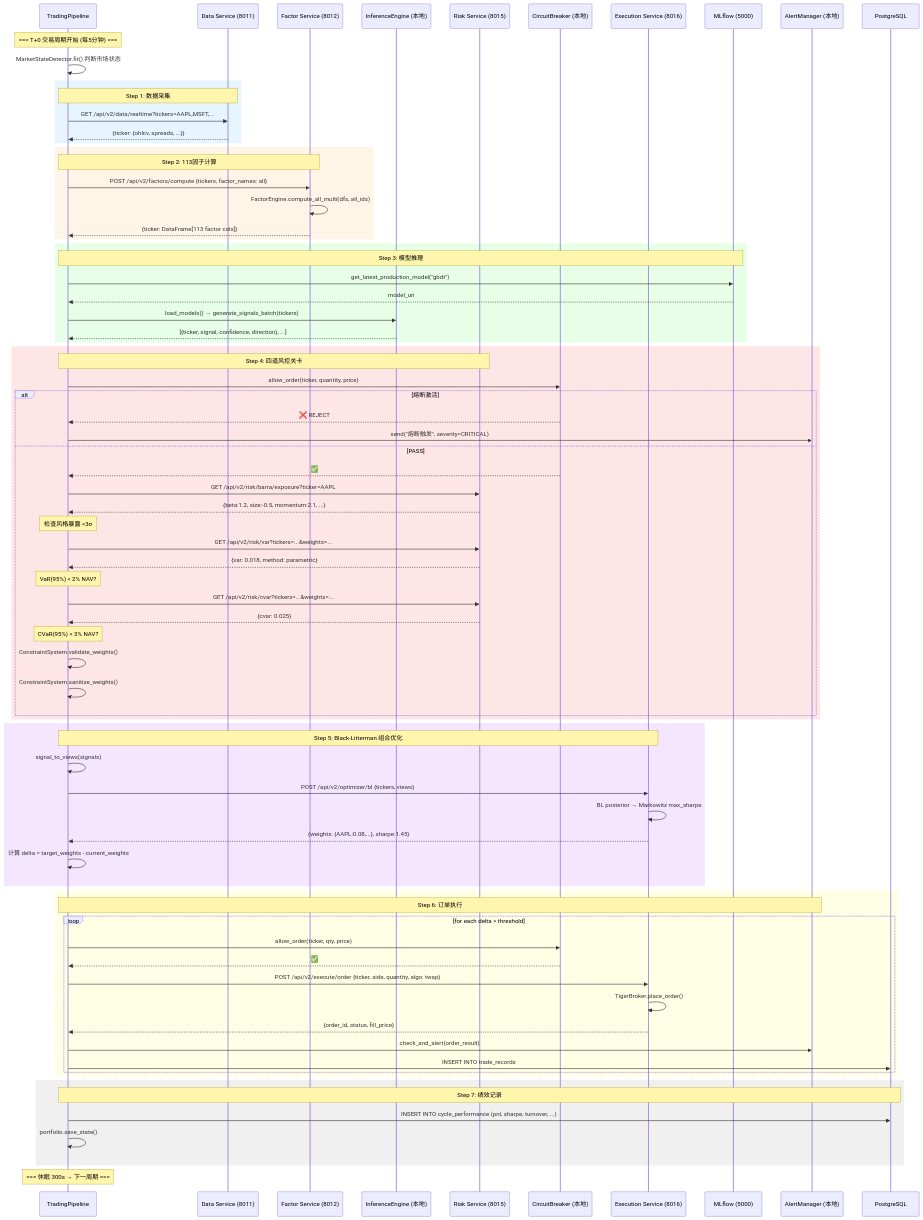
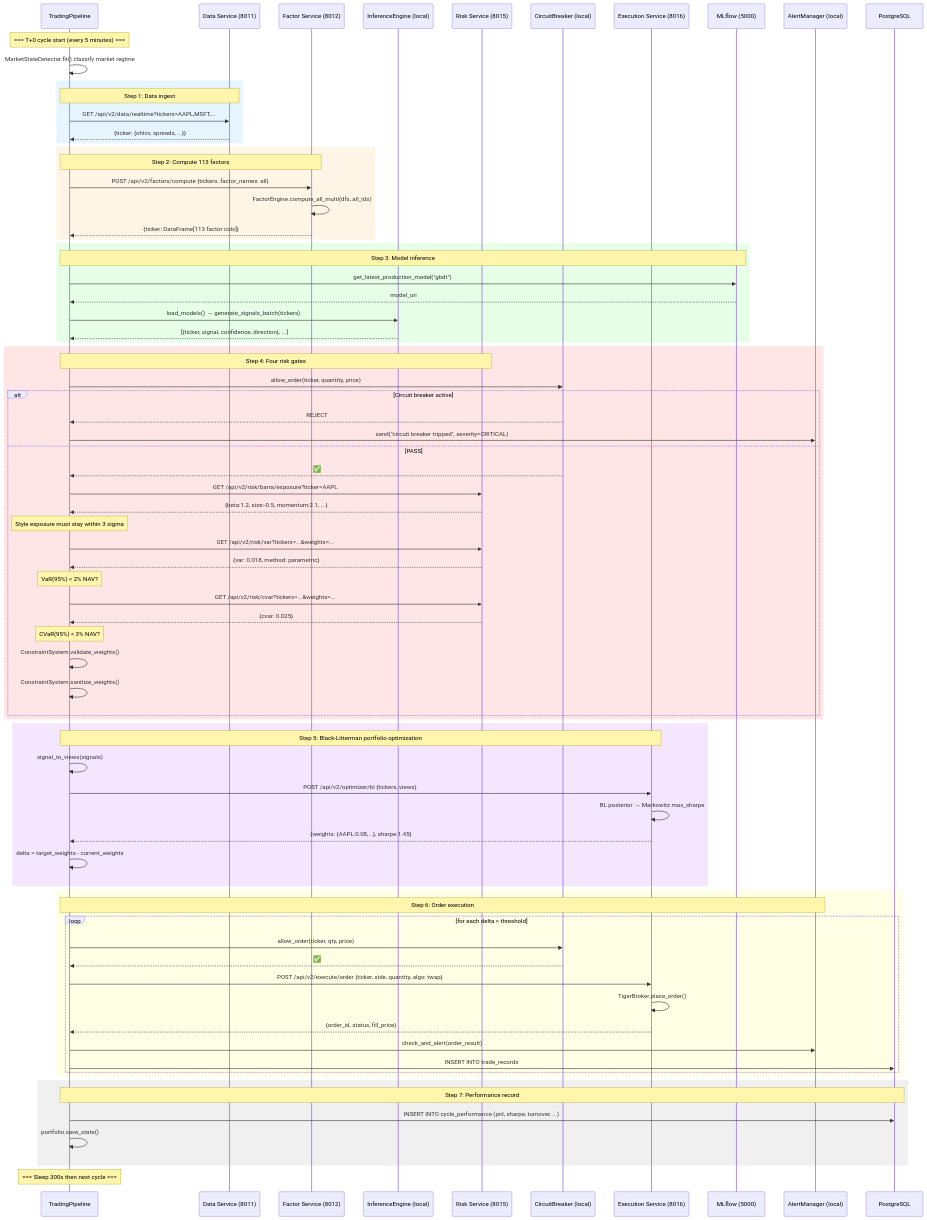
One commit to AndrewMa1992/quant-ai-trader changed the diagram in docs/improvement-sequence-diagram.mermaid. Above: the diagram before and after it, drawn with Mermaid. The commit also changed 130 other files, not shown here.

```diff
--- a/docs/improvement-sequence-diagram.mermaid
+++ b/docs/improvement-sequence-diagram.mermaid
@@ -1,93 +1,93 @@
 sequenceDiagram
     participant Pipeline as TradingPipeline
     participant DataSvc as Data Service (8011)
     participant FactorSvc as Factor Service (8012)
-    participant InferEng as InferenceEngine (本地)
+    participant InferEng as InferenceEngine (local)
     participant RiskSvc as Risk Service (8015)
-    participant CB as CircuitBreaker (本地)
+    participant CB as CircuitBreaker (local)
     participant ExecSvc as Execution Service (8016)
     participant MLflow as MLflow (5000)
-    participant AlertMgr as AlertManager (本地)
+    participant AlertMgr as AlertManager (local)
     participant DB as PostgreSQL
 
-    Note over Pipeline: === T+0 交易周期开始 (每5分钟) ===
+    Note over Pipeline: === T+0 cycle start (every 5 minutes) ===
 
-    Pipeline->>Pipeline: MarketStateDetector.fit() 判断市场状态
+    Pipeline->>Pipeline: MarketStateDetector.fit() classify market regime
 
     rect rgb(230, 245, 255)
-        Note over Pipeline,DataSvc: Step 1: 数据采集
+        Note over Pipeline,DataSvc: Step 1: Data ingest
         Pipeline->>DataSvc: GET /api/v2/data/realtime?tickers=AAPL,MSFT,...
         DataSvc-->>Pipeline: {ticker: {ohlcv, spreads, ...}}
     end
 
     rect rgb(255, 245, 230)
-        Note over Pipeline,FactorSvc: Step 2: 113因子计算
+        Note over Pipeline,FactorSvc: Step 2: Compute 113 factors
         Pipeline->>FactorSvc: POST /api/v2/factors/compute {tickers, factor_names: all}
         FactorSvc->>FactorSvc: FactorEngine.compute_all_multi(dfs, all_ids)
         FactorSvc-->>Pipeline: {ticker: DataFrame[113 factor cols]}
     end
 
     rect rgb(230, 255, 230)
-        Note over Pipeline,MLflow: Step 3: 模型推理
+        Note over Pipeline,MLflow: Step 3: Model inference
         Pipeline->>MLflow: get_latest_production_model("gbdt")
         MLflow-->>Pipeline: model_uri
         Pipeline->>InferEng: load_models() → generate_signals_batch(tickers)
         InferEng-->>Pipeline: [{ticker, signal, confidence, direction}, ...]
     end
 
     rect rgb(255, 230, 230)
-        Note over Pipeline,RiskSvc: Step 4: 四道风控关卡
+        Note over Pipeline,RiskSvc: Step 4: Four risk gates
 
         Pipeline->>CB: allow_order(ticker, quantity, price)
-        alt 熔断激活
-            CB-->>Pipeline: ❌ REJECT
-            Pipeline->>AlertMgr: send("熔断触发", severity=CRITICAL)
+        alt Circuit breaker active
+            CB-->>Pipeline: REJECT
+            Pipeline->>AlertMgr: send("circuit breaker tripped", severity=CRITICAL)
         else PASS
             CB-->>Pipeline: ✅
 
             Pipeline->>RiskSvc: GET /api/v2/risk/barra/exposure?ticker=AAPL
             RiskSvc-->>Pipeline: {beta:1.2, size:-0.5, momentum:2.1, ...}
-            Note over Pipeline: 检查风格暴露 <3σ
+            Note over Pipeline: Style exposure must stay within 3 sigma
 
             Pipeline->>RiskSvc: GET /api/v2/risk/var?tickers=...&weights=...
             RiskSvc-->>Pipeline: {var: 0.018, method: parametric}
             Note over Pipeline: VaR(95%) < 2% NAV?
 
             Pipeline->>RiskSvc: GET /api/v2/risk/cvar?tickers=...&weights=...
             RiskSvc-->>Pipeline: {cvar: 0.025}
             Note over Pipeline: CVaR(95%) < 3% NAV?
 
             Pipeline->>Pipeline: ConstraintSystem.validate_weights()
             Pipeline->>Pipeline: ConstraintSystem.sanitize_weights()
         end
     end
 
     rect rgb(245, 230, 255)
-        Note over Pipeline,ExecSvc: Step 5: Black-Litterman 组合优化
+        Note over Pipeline,ExecSvc: Step 5: Black-Litterman portfolio optimization
         Pipeline->>Pipeline: signal_to_views(signals)
         Pipeline->>ExecSvc: POST /api/v2/optimizer/bl {tickers, views}
         ExecSvc->>ExecSvc: BL posterior → Markowitz max_sharpe
         ExecSvc-->>Pipeline: {weights: {AAPL:0.08,...}, sharpe:1.45}
-        Pipeline->>Pipeline: 计算 delta = target_weights - current_weights
+        Pipeline->>Pipeline: delta = target_weights - current_weights
     end
 
     rect rgb(255, 255, 230)
-        Note over Pipeline,AlertMgr: Step 6: 订单执行
+        Note over Pipeline,AlertMgr: Step 6: Order execution
         loop for each delta > threshold
             Pipeline->>CB: allow_order(ticker, qty, price)
             CB-->>Pipeline: ✅
             Pipeline->>ExecSvc: POST /api/v2/execute/order {ticker, side, quantity, algo: twap}
             ExecSvc->>ExecSvc: TigerBroker.place_order()
             ExecSvc-->>Pipeline: {order_id, status, fill_price}
             Pipeline->>AlertMgr: check_and_alert(order_result)
             Pipeline->>DB: INSERT INTO trade_records
         end
     end
 
     rect rgb(240, 240, 240)
-        Note over Pipeline,DB: Step 7: 绩效记录
+        Note over Pipeline,DB: Step 7: Performance record
         Pipeline->>DB: INSERT INTO cycle_performance (pnl, sharpe, turnover, ...)
         Pipeline->>Pipeline: portfolio.save_state()
     end
 
-    Note over Pipeline: === 休眠 300s → 下一周期 ===
+    Note over Pipeline: === Sleep 300s then next cycle ===
```
